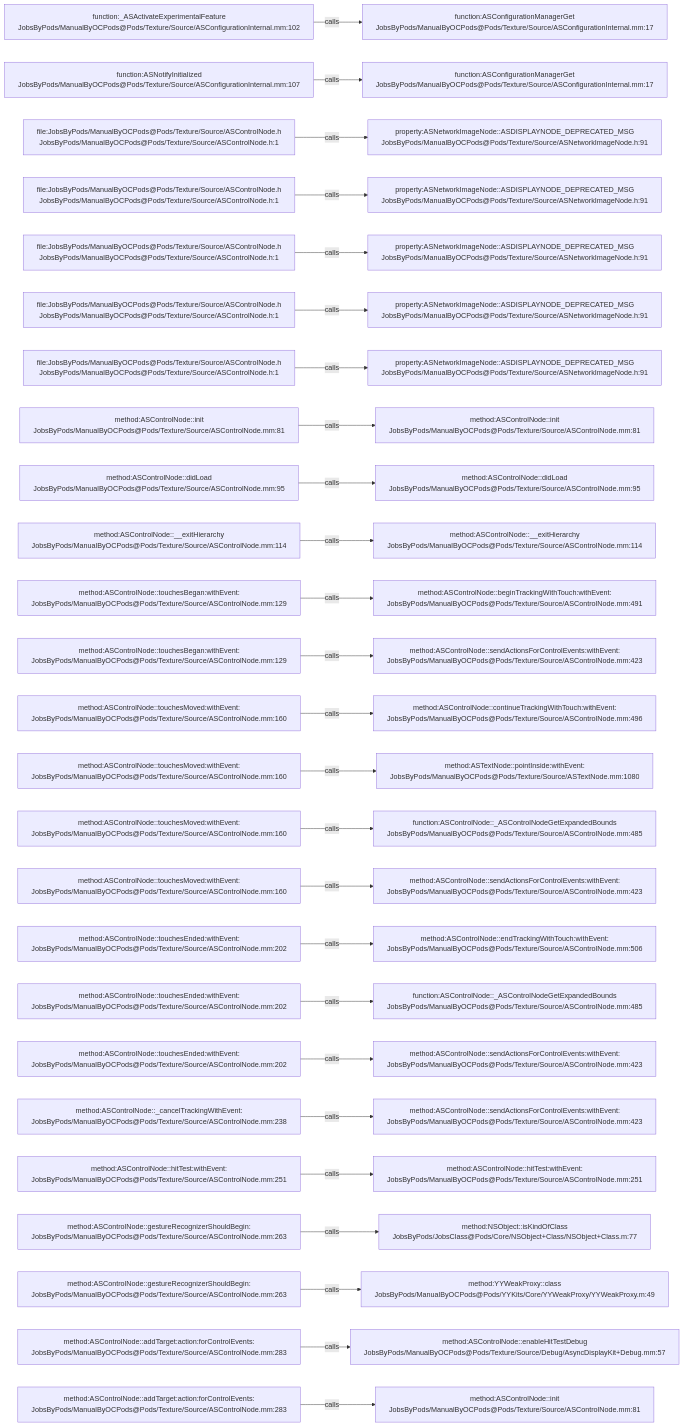
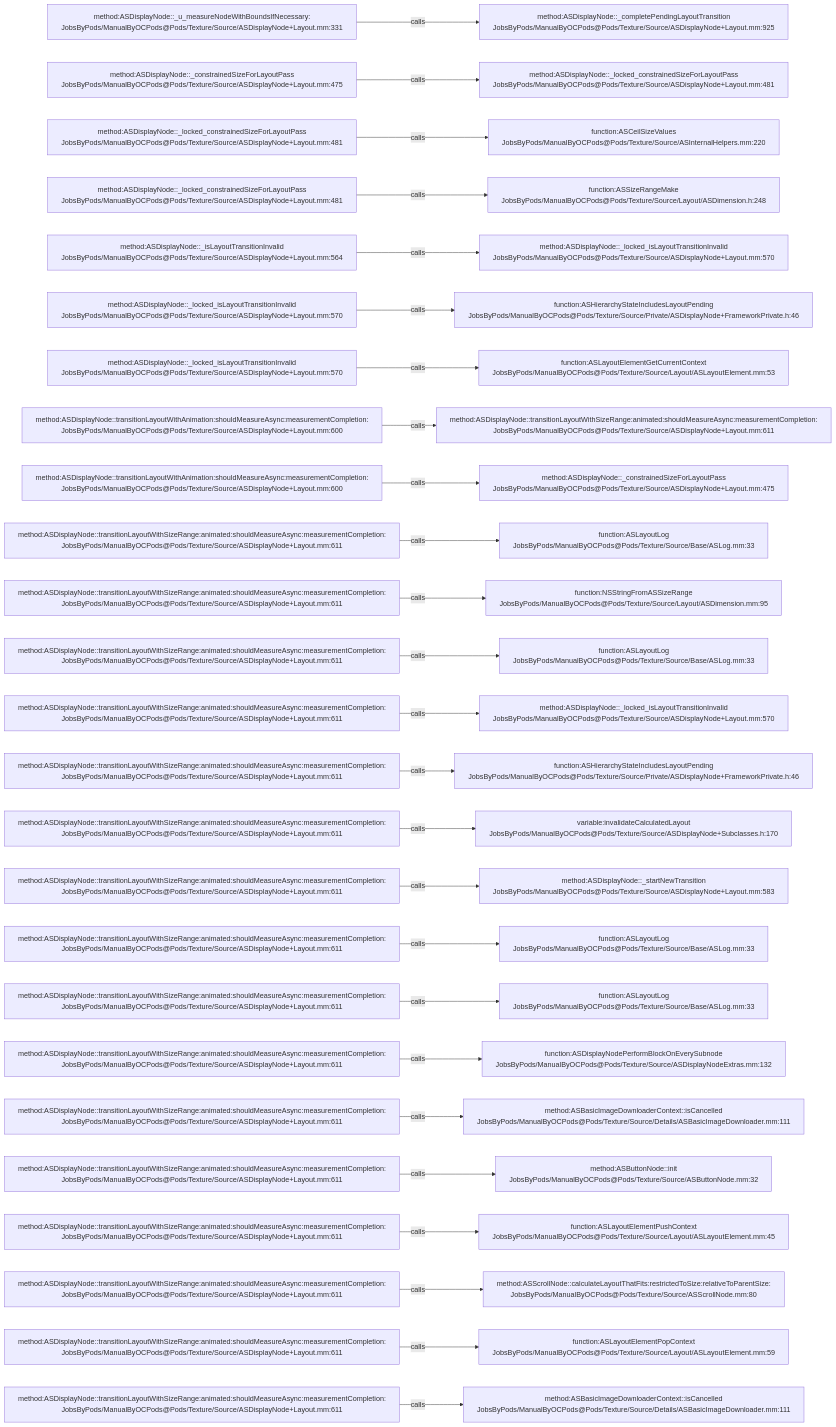
One commit to JobsKits/JobsOCBaseConfigDemo changed the diagram in .codegraph/codegraph.md/graphs/calls-084.md. Above: the diagram before and after it, drawn with Mermaid. The commit also changed 1448 other files, not shown here.

````diff
--- a/.codegraph/codegraph.md/graphs/calls-084.md
+++ b/.codegraph/codegraph.md/graphs/calls-084.md
@@ -13,78 +13,78 @@
 ```mermaid
 flowchart LR
-  S1["function:_ASActivateExperimentalFeature<br/>JobsByPods/ManualByOCPods@Pods/Texture/Source/ASConfigurationInternal.mm:102"]
-  T1["function:ASConfigurationManagerGet<br/>JobsByPods/ManualByOCPods@Pods/Texture/Source/ASConfigurationInternal.mm:17"]
+  S1["method:ASDisplayNode::_u_measureNodeWithBoundsIfNecessary:<br/>JobsByPods/ManualByOCPods@Pods/Texture/Source/ASDisplayNode+Layout.mm:331"]
+  T1["method:ASDisplayNode::_completePendingLayoutTransition<br/>JobsByPods/ManualByOCPods@Pods/Texture/Source/ASDisplayNode+Layout.mm:925"]
   S1 -->|calls| T1
-  S2["function:ASNotifyInitialized<br/>JobsByPods/ManualByOCPods@Pods/Texture/Source/ASConfigurationInternal.mm:107"]
-  T2["function:ASConfigurationManagerGet<br/>JobsByPods/ManualByOCPods@Pods/Texture/Source/ASConfigurationInternal.mm:17"]
+  S2["method:ASDisplayNode::_constrainedSizeForLayoutPass<br/>JobsByPods/ManualByOCPods@Pods/Texture/Source/ASDisplayNode+Layout.mm:475"]
+  T2["method:ASDisplayNode::_locked_constrainedSizeForLayoutPass<br/>JobsByPods/ManualByOCPods@Pods/Texture/Source/ASDisplayNode+Layout.mm:481"]
   S2 -->|calls| T2
-  S3["file:JobsByPods/ManualByOCPods@Pods/Texture/Source/ASControlNode.h<br/>JobsByPods/ManualByOCPods@Pods/Texture/Source/ASControlNode.h:1"]
-  T3["property:ASNetworkImageNode::ASDISPLAYNODE_DEPRECATED_MSG<br/>JobsByPods/ManualByOCPods@Pods/Texture/Source/ASNetworkImageNode.h:91"]
+  S3["method:ASDisplayNode::_locked_constrainedSizeForLayoutPass<br/>JobsByPods/ManualByOCPods@Pods/Texture/Source/ASDisplayNode+Layout.mm:481"]
+  T3["function:ASCeilSizeValues<br/>JobsByPods/ManualByOCPods@Pods/Texture/Source/ASInternalHelpers.mm:220"]
   S3 -->|calls| T3
-  S4["file:JobsByPods/ManualByOCPods@Pods/Texture/Source/ASControlNode.h<br/>JobsByPods/ManualByOCPods@Pods/Texture/Source/ASControlNode.h:1"]
-  T4["property:ASNetworkImageNode::ASDISPLAYNODE_DEPRECATED_MSG<br/>JobsByPods/ManualByOCPods@Pods/Texture/Source/ASNetworkImageNode.h:91"]
+  S4["method:ASDisplayNode::_locked_constrainedSizeForLayoutPass<br/>JobsByPods/ManualByOCPods@Pods/Texture/Source/ASDisplayNode+Layout.mm:481"]
+  T4["function:ASSizeRangeMake<br/>JobsByPods/ManualByOCPods@Pods/Texture/Source/Layout/ASDimension.h:248"]
   S4 -->|calls| T4
-  S5["file:JobsByPods/ManualByOCPods@Pods/Texture/Source/ASControlNode.h<br/>JobsByPods/ManualByOCPods@Pods/Texture/Source/ASControlNode.h:1"]
-  T5["property:ASNetworkImageNode::ASDISPLAYNODE_DEPRECATED_MSG<br/>JobsByPods/ManualByOCPods@Pods/Texture/Source/ASNetworkImageNode.h:91"]
+  S5["method:ASDisplayNode::_isLayoutTransitionInvalid<br/>JobsByPods/ManualByOCPods@Pods/Texture/Source/ASDisplayNode+Layout.mm:564"]
+  T5["method:ASDisplayNode::_locked_isLayoutTransitionInvalid<br/>JobsByPods/ManualByOCPods@Pods/Texture/Source/ASDisplayNode+Layout.mm:570"]
   S5 -->|calls| T5
-  S6["file:JobsByPods/ManualByOCPods@Pods/Texture/Source/ASControlNode.h<br/>JobsByPods/ManualByOCPods@Pods/Texture/Source/ASControlNode.h:1"]
-  T6["property:ASNetworkImageNode::ASDISPLAYNODE_DEPRECATED_MSG<br/>JobsByPods/ManualByOCPods@Pods/Texture/Source/ASNetworkImageNode.h:91"]
+  S6["method:ASDisplayNode::_locked_isLayoutTransitionInvalid<br/>JobsByPods/ManualByOCPods@Pods/Texture/Source/ASDisplayNode+Layout.mm:570"]
+  T6["function:ASHierarchyStateIncludesLayoutPending<br/>JobsByPods/ManualByOCPods@Pods/Texture/Source/Private/ASDisplayNode+FrameworkPrivate.h:46"]
   S6 -->|calls| T6
-  S7["file:JobsByPods/ManualByOCPods@Pods/Texture/Source/ASControlNode.h<br/>JobsByPods/ManualByOCPods@Pods/Texture/Source/ASControlNode.h:1"]
-  T7["property:ASNetworkImageNode::ASDISPLAYNODE_DEPRECATED_MSG<br/>JobsByPods/ManualByOCPods@Pods/Texture/Source/ASNetworkImageNode.h:91"]
+  S7["method:ASDisplayNode::_locked_isLayoutTransitionInvalid<br/>JobsByPods/ManualByOCPods@Pods/Texture/Source/ASDisplayNode+Layout.mm:570"]
+  T7["function:ASLayoutElementGetCurrentContext<br/>JobsByPods/ManualByOCPods@Pods/Texture/Source/Layout/ASLayoutElement.mm:53"]
   S7 -->|calls| T7
-  S8["method:ASControlNode::init<br/>JobsByPods/ManualByOCPods@Pods/Texture/Source/ASControlNode.mm:81"]
-  T8["method:ASControlNode::init<br/>JobsByPods/ManualByOCPods@Pods/Texture/Source/ASControlNode.mm:81"]
+  S8["method:ASDisplayNode::transitionLayoutWithAnimation:shouldMeasureAsync:measurementCompletion:<br/>JobsByPods/ManualByOCPods@Pods/Texture/Source/ASDisplayNode+Layout.mm:600"]
+  T8["method:ASDisplayNode::transitionLayoutWithSizeRange:animated:shouldMeasureAsync:measurementCompletion:<br/>JobsByPods/ManualByOCPods@Pods/Texture/Source/ASDisplayNode+Layout.mm:611"]
   S8 -->|calls| T8
-  S9["method:ASControlNode::didLoad<br/>JobsByPods/ManualByOCPods@Pods/Texture/Source/ASControlNode.mm:95"]
-  T9["method:ASControlNode::didLoad<br/>JobsByPods/ManualByOCPods@Pods/Texture/Source/ASControlNode.mm:95"]
+  S9["method:ASDisplayNode::transitionLayoutWithAnimation:shouldMeasureAsync:measurementCompletion:<br/>JobsByPods/ManualByOCPods@Pods/Texture/Source/ASDisplayNode+Layout.mm:600"]
+  T9["method:ASDisplayNode::_constrainedSizeForLayoutPass<br/>JobsByPods/ManualByOCPods@Pods/Texture/Source/ASDisplayNode+Layout.mm:475"]
   S9 -->|calls| T9
-  S10["method:ASControlNode::__exitHierarchy<br/>JobsByPods/ManualByOCPods@Pods/Texture/Source/ASControlNode.mm:114"]
-  T10["method:ASControlNode::__exitHierarchy<br/>JobsByPods/ManualByOCPods@Pods/Texture/Source/ASControlNode.mm:114"]
+  S10["method:ASDisplayNode::transitionLayoutWithSizeRange:animated:shouldMeasureAsync:measurementCompletion:<br/>JobsByPods/ManualByOCPods@Pods/Texture/Source/ASDisplayNode+Layout.mm:611"]
+  T10["function:ASLayoutLog<br/>JobsByPods/ManualByOCPods@Pods/Texture/Source/Base/ASLog.mm:33"]
   S10 -->|calls| T10
-  S11["method:ASControlNode::touchesBegan:withEvent:<br/>JobsByPods/ManualByOCPods@Pods/Texture/Source/ASControlNode.mm:129"]
-  T11["method:ASControlNode::beginTrackingWithTouch:withEvent:<br/>JobsByPods/ManualByOCPods@Pods/Texture/Source/ASControlNode.mm:491"]
+  S11["method:ASDisplayNode::transitionLayoutWithSizeRange:animated:shouldMeasureAsync:measurementCompletion:<br/>JobsByPods/ManualByOCPods@Pods/Texture/Source/ASDisplayNode+Layout.mm:611"]
+  T11["function:NSStringFromASSizeRange<br/>JobsByPods/ManualByOCPods@Pods/Texture/Source/Layout/ASDimension.mm:95"]
   S11 -->|calls| T11
-  S12["method:ASControlNode::touchesBegan:withEvent:<br/>JobsByPods/ManualByOCPods@Pods/Texture/Source/ASControlNode.mm:129"]
-  T12["method:ASControlNode::sendActionsForControlEvents:withEvent:<br/>JobsByPods/ManualByOCPods@Pods/Texture/Source/ASControlNode.mm:423"]
+  S12["method:ASDisplayNode::transitionLayoutWithSizeRange:animated:shouldMeasureAsync:measurementCompletion:<br/>JobsByPods/ManualByOCPods@Pods/Texture/Source/ASDisplayNode+Layout.mm:611"]
+  T12["function:ASLayoutLog<br/>JobsByPods/ManualByOCPods@Pods/Texture/Source/Base/ASLog.mm:33"]
   S12 -->|calls| T12
-  S13["method:ASControlNode::touchesMoved:withEvent:<br/>JobsByPods/ManualByOCPods@Pods/Texture/Source/ASControlNode.mm:160"]
-  T13["method:ASControlNode::continueTrackingWithTouch:withEvent:<br/>JobsByPods/ManualByOCPods@Pods/Texture/Source/ASControlNode.mm:496"]
+  S13["method:ASDisplayNode::transitionLayoutWithSizeRange:animated:shouldMeasureAsync:measurementCompletion:<br/>JobsByPods/ManualByOCPods@Pods/Texture/Source/ASDisplayNode+Layout.mm:611"]
+  T13["method:ASDisplayNode::_locked_isLayoutTransitionInvalid<br/>JobsByPods/ManualByOCPods@Pods/Texture/Source/ASDisplayNode+Layout.mm:570"]
   S13 -->|calls| T13
-  S14["method:ASControlNode::touchesMoved:withEvent:<br/>JobsByPods/ManualByOCPods@Pods/Texture/Source/ASControlNode.mm:160"]
-  T14["method:ASTextNode::pointInside:withEvent:<br/>JobsByPods/ManualByOCPods@Pods/Texture/Source/ASTextNode.mm:1080"]
+  S14["method:ASDisplayNode::transitionLayoutWithSizeRange:animated:shouldMeasureAsync:measurementCompletion:<br/>JobsByPods/ManualByOCPods@Pods/Texture/Source/ASDisplayNode+Layout.mm:611"]
+  T14["function:ASHierarchyStateIncludesLayoutPending<br/>JobsByPods/ManualByOCPods@Pods/Texture/Source/Private/ASDisplayNode+FrameworkPrivate.h:46"]
   S14 -->|calls| T14
-  S15["method:ASControlNode::touchesMoved:withEvent:<br/>JobsByPods/ManualByOCPods@Pods/Texture/Source/ASControlNode.mm:160"]
-  T15["function:ASControlNode::_ASControlNodeGetExpandedBounds<br/>JobsByPods/ManualByOCPods@Pods/Texture/Source/ASControlNode.mm:485"]
+  S15["method:ASDisplayNode::transitionLayoutWithSizeRange:animated:shouldMeasureAsync:measurementCompletion:<br/>JobsByPods/ManualByOCPods@Pods/Texture/Source/ASDisplayNode+Layout.mm:611"]
+  T15["variable:invalidateCalculatedLayout<br/>JobsByPods/ManualByOCPods@Pods/Texture/Source/ASDisplayNode+Subclasses.h:170"]
   S15 -->|calls| T15
-  S16["method:ASControlNode::touchesMoved:withEvent:<br/>JobsByPods/ManualByOCPods@Pods/Texture/Source/ASControlNode.mm:160"]
-  T16["method:ASControlNode::sendActionsForControlEvents:withEvent:<br/>JobsByPods/ManualByOCPods@Pods/Texture/Source/ASControlNode.mm:423"]
+  S16["method:ASDisplayNode::transitionLayoutWithSizeRange:animated:shouldMeasureAsync:measurementCompletion:<br/>JobsByPods/ManualByOCPods@Pods/Texture/Source/ASDisplayNode+Layout.mm:611"]
+  T16["method:ASDisplayNode::_startNewTransition<br/>JobsByPods/ManualByOCPods@Pods/Texture/Source/ASDisplayNode+Layout.mm:583"]
   S16 -->|calls| T16
-  S17["method:ASControlNode::touchesEnded:withEvent:<br/>JobsByPods/ManualByOCPods@Pods/Texture/Source/ASControlNode.mm:202"]
-  T17["method:ASControlNode::endTrackingWithTouch:withEvent:<br/>JobsByPods/ManualByOCPods@Pods/Texture/Source/ASControlNode.mm:506"]
+  S17["method:ASDisplayNode::transitionLayoutWithSizeRange:animated:shouldMeasureAsync:measurementCompletion:<br/>JobsByPods/ManualByOCPods@Pods/Texture/Source/ASDisplayNode+Layout.mm:611"]
+  T17["function:ASLayoutLog<br/>JobsByPods/ManualByOCPods@Pods/Texture/Source/Base/ASLog.mm:33"]
   S17 -->|calls| T17
-  S18["method:ASControlNode::touchesEnded:withEvent:<br/>JobsByPods/ManualByOCPods@Pods/Texture/Source/ASControlNode.mm:202"]
-  T18["function:ASControlNode::_ASControlNodeGetExpandedBounds<br/>JobsByPods/ManualByOCPods@Pods/Texture/Source/ASControlNode.mm:485"]
+  S18["method:ASDisplayNode::transitionLayoutWithSizeRange:animated:shouldMeasureAsync:measurementCompletion:<br/>JobsByPods/ManualByOCPods@Pods/Texture/Source/ASDisplayNode+Layout.mm:611"]
+  T18["function:ASLayoutLog<br/>JobsByPods/ManualByOCPods@Pods/Texture/Source/Base/ASLog.mm:33"]
   S18 -->|calls| T18
-  S19["method:ASControlNode::touchesEnded:withEvent:<br/>JobsByPods/ManualByOCPods@Pods/Texture/Source/ASControlNode.mm:202"]
-  T19["method:ASControlNode::sendActionsForControlEvents:withEvent:<br/>JobsByPods/ManualByOCPods@Pods/Texture/Source/ASControlNode.mm:423"]
+  S19["method:ASDisplayNode::transitionLayoutWithSizeRange:animated:shouldMeasureAsync:measurementCompletion:<br/>JobsByPods/ManualByOCPods@Pods/Texture/Source/ASDisplayNode+Layout.mm:611"]
+  T19["function:ASDisplayNodePerformBlockOnEverySubnode<br/>JobsByPods/ManualByOCPods@Pods/Texture/Source/ASDisplayNodeExtras.mm:132"]
   S19 -->|calls| T19
-  S20["method:ASControlNode::_cancelTrackingWithEvent:<br/>JobsByPods/ManualByOCPods@Pods/Texture/Source/ASControlNode.mm:238"]
-  T20["method:ASControlNode::sendActionsForControlEvents:withEvent:<br/>JobsByPods/ManualByOCPods@Pods/Texture/Source/ASControlNode.mm:423"]
+  S20["method:ASDisplayNode::transitionLayoutWithSizeRange:animated:shouldMeasureAsync:measurementCompletion:<br/>JobsByPods/ManualByOCPods@Pods/Texture/Source/ASDisplayNode+Layout.mm:611"]
+  T20["method:ASBasicImageDownloaderContext::isCancelled<br/>JobsByPods/ManualByOCPods@Pods/Texture/Source/Details/ASBasicImageDownloader.mm:111"]
   S20 -->|calls| T20
-  S21["method:ASControlNode::hitTest:withEvent:<br/>JobsByPods/ManualByOCPods@Pods/Texture/Source/ASControlNode.mm:251"]
-  T21["method:ASControlNode::hitTest:withEvent:<br/>JobsByPods/ManualByOCPods@Pods/Texture/Source/ASControlNode.mm:251"]
+  S21["method:ASDisplayNode::transitionLayoutWithSizeRange:animated:shouldMeasureAsync:measurementCompletion:<br/>JobsByPods/ManualByOCPods@Pods/Texture/Source/ASDisplayNode+Layout.mm:611"]
+  T21["method:ASButtonNode::init<br/>JobsByPods/ManualByOCPods@Pods/Texture/Source/ASButtonNode.mm:32"]
   S21 -->|calls| T21
-  S22["method:ASControlNode::gestureRecognizerShouldBegin:<br/>JobsByPods/ManualByOCPods@Pods/Texture/Source/ASControlNode.mm:263"]
-  T22["method:NSObject::isKindOfClass<br/>JobsByPods/JobsClass@Pods/Core/NSObject+Class/NSObject+Class.m:77"]
+  S22["method:ASDisplayNode::transitionLayoutWithSizeRange:animated:shouldMeasureAsync:measurementCompletion:<br/>JobsByPods/ManualByOCPods@Pods/Texture/Source/ASDisplayNode+Layout.mm:611"]
+  T22["function:ASLayoutElementPushContext<br/>JobsByPods/ManualByOCPods@Pods/Texture/Source/Layout/ASLayoutElement.mm:45"]
   S22 -->|calls| T22
-  S23["method:ASControlNode::gestureRecognizerShouldBegin:<br/>JobsByPods/ManualByOCPods@Pods/Texture/Source/ASControlNode.mm:263"]
-  T23["method:YYWeakProxy::class<br/>JobsByPods/ManualByOCPods@Pods/YYKits/Core/YYWeakProxy/YYWeakProxy.m:49"]
+  S23["method:ASDisplayNode::transitionLayoutWithSizeRange:animated:shouldMeasureAsync:measurementCompletion:<br/>JobsByPods/ManualByOCPods@Pods/Texture/Source/ASDisplayNode+Layout.mm:611"]
+  T23["method:ASScrollNode::calculateLayoutThatFits:restrictedToSize:relativeToParentSize:<br/>JobsByPods/ManualByOCPods@Pods/Texture/Source/ASScrollNode.mm:80"]
   S23 -->|calls| T23
-  S24["method:ASControlNode::addTarget:action:forControlEvents:<br/>JobsByPods/ManualByOCPods@Pods/Texture/Source/ASControlNode.mm:283"]
-  T24["method:ASControlNode::enableHitTestDebug<br/>JobsByPods/ManualByOCPods@Pods/Texture/Source/Debug/AsyncDisplayKit+Debug.mm:57"]
+  S24["method:ASDisplayNode::transitionLayoutWithSizeRange:animated:shouldMeasureAsync:measurementCompletion:<br/>JobsByPods/ManualByOCPods@Pods/Texture/Source/ASDisplayNode+Layout.mm:611"]
+  T24["function:ASLayoutElementPopContext<br/>JobsByPods/ManualByOCPods@Pods/Texture/Source/Layout/ASLayoutElement.mm:59"]
   S24 -->|calls| T24
-  S25["method:ASControlNode::addTarget:action:forControlEvents:<br/>JobsByPods/ManualByOCPods@Pods/Texture/Source/ASControlNode.mm:283"]
-  T25["method:ASControlNode::init<br/>JobsByPods/ManualByOCPods@Pods/Texture/Source/ASControlNode.mm:81"]
+  S25["method:ASDisplayNode::transitionLayoutWithSizeRange:animated:shouldMeasureAsync:measurementCompletion:<br/>JobsByPods/ManualByOCPods@Pods/Texture/Source/ASDisplayNode+Layout.mm:611"]
+  T25["method:ASBasicImageDownloaderContext::isCancelled<br/>JobsByPods/ManualByOCPods@Pods/Texture/Source/Details/ASBasicImageDownloader.mm:111"]
   S25 -->|calls| T25
 ```
````
